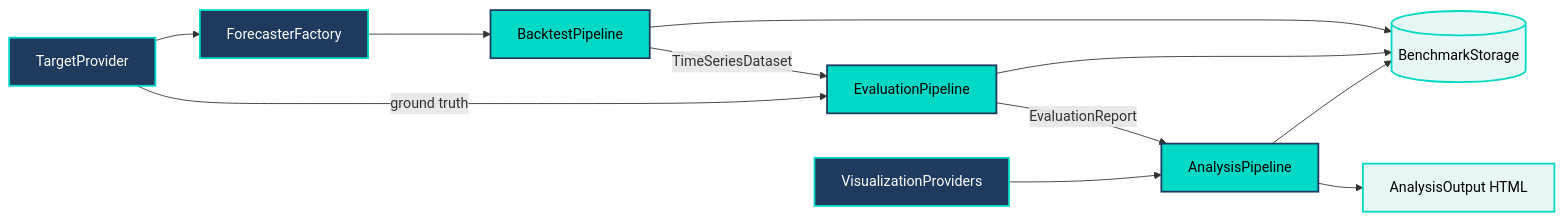
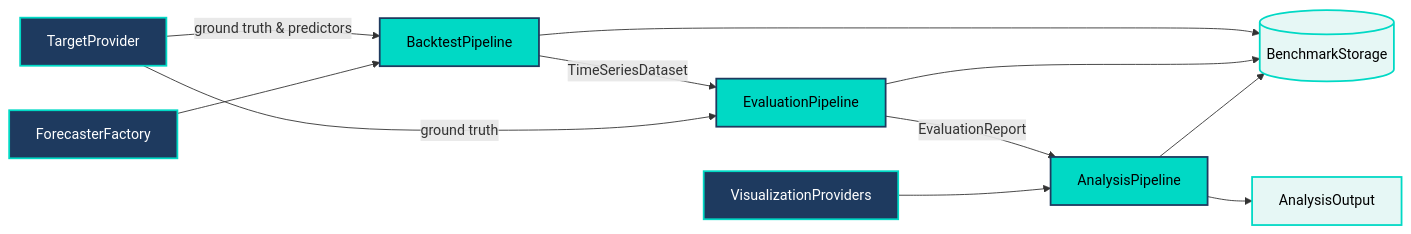
Before and after one commit to OpenSTEF/openstef: the diagram in docs/source/diagrams/user_guide/concepts/beam_diagram_1.mmd, drawn with Mermaid. The commit also changed 5 other files, not shown here.

```diff
--- a/docs/source/diagrams/user_guide/concepts/beam_diagram_1.mmd
+++ b/docs/source/diagrams/user_guide/concepts/beam_diagram_1.mmd
@@ -1,17 +1,17 @@
 graph LR
-    TP[TargetProvider] --> FF[ForecasterFactory]
-    FF --> BT[BacktestPipeline]
+    TP[TargetProvider] -->|ground truth & predictors| BT[BacktestPipeline]
+    FF[ForecasterFactory] --> BT
     BT -->|TimeSeriesDataset| EV[EvaluationPipeline]
     EV -->|EvaluationReport| AN[AnalysisPipeline]
     TP -->|ground truth| EV
     VP[VisualizationProviders] --> AN
     BT --> ST[(BenchmarkStorage)]
     EV --> ST
     AN --> ST
-    AN --> AO[AnalysisOutput HTML]
+    AN --> AO[AnalysisOutput]
     classDef primary fill:#00D9C5,stroke:#1E3A5F,stroke-width:2px,color:#000
     classDef secondary fill:#1E3A5F,stroke:#00D9C5,stroke-width:2px,color:#fff
     classDef accent fill:#e6f7f5,stroke:#00D9C5,stroke-width:2px,color:#000
     class BT,EV,AN primary
     class TP,FF,VP secondary
     class ST,AO accent
```
